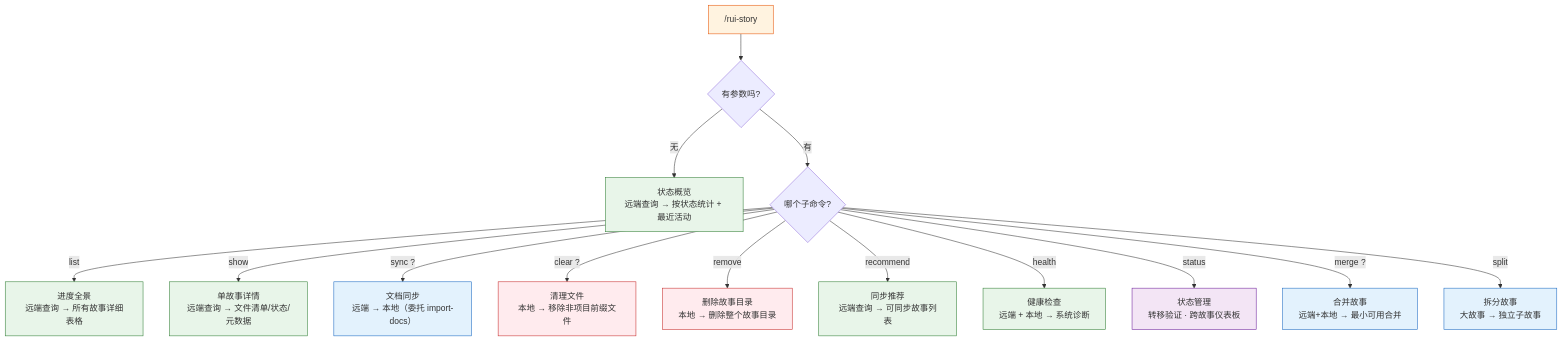
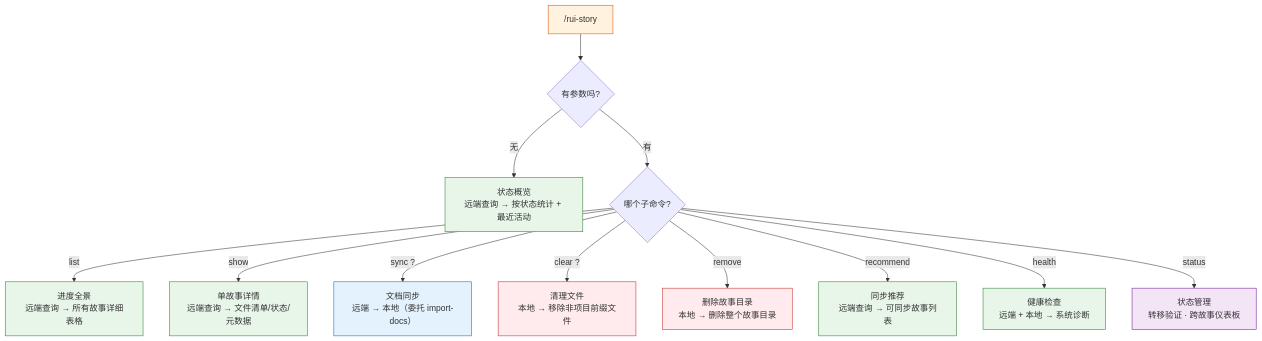
One commit to effiy/YrY changed the first of 15 diagrams in skills/rui-story/SKILL.md. Above: the diagram before and after it, drawn with Mermaid. The commit also changed other lines of this file and 3 other files, not shown here.

First line of the commit message:
refactor: merge/split 迁移至 yry 自改进闭环自动执行

````diff
--- a/skills/rui-story/SKILL.md
+++ b/skills/rui-story/SKILL.md
@@ -20,22 +20,20 @@
 ```mermaid
 flowchart TD
     ENTRY["/rui-story"]:::entry --> Q1{"有参数吗?"}
     Q1 -->|"无"| OVERVIEW["状态概览<br/>远端查询 → 按状态统计 + 最近活动"]:::read
     Q1 -->|"有"| Q2{"哪个子命令?"}
     Q2 -->|"list"| LIST["进度全景<br/>远端查询 → 所有故事详细表格"]:::read
     Q2 -->|"show <name>"| SHOW["单故事详情<br/>远端查询 → 文件清单/状态/元数据"]:::read
     Q2 -->|"sync <name>?"| SYNC["文档同步<br/>远端 → 本地（委托 import-docs）"]:::write
     Q2 -->|"clear <name>?"| CLEAR["清理文件<br/>本地 → 移除非项目前缀文件"]:::danger
     Q2 -->|"remove <name>"| REMOVE["删除故事目录<br/>本地 → 删除整个故事目录"]:::danger
     Q2 -->|"recommend"| RECOMMEND["同步推荐<br/>远端查询 → 可同步故事列表"]:::read
     Q2 -->|"health"| HEALTH["健康检查<br/>远端 + 本地 → 系统诊断"]:::read
     Q2 -->|"status"| STATUS["状态管理<br/>转移验证 · 跨故事仪表板"]:::diag
-    Q2 -->|"merge <name>?"| MERGE["合并故事<br/>远端+本地 → 最小可用合并"]:::write
-    Q2 -->|"split <name>"| SPLIT["拆分故事<br/>大故事 → 独立子故事"]:::write
 
     classDef entry fill:#fff3e0,stroke:#e65100;
     classDef read fill:#e8f5e9,stroke:#2e7d32;
     classDef write fill:#e3f2fd,stroke:#1565c0;
     classDef danger fill:#ffebee,stroke:#c62828;
     classDef diag fill:#f3e5f5,stroke:#6a1b9a;
 ```
````
